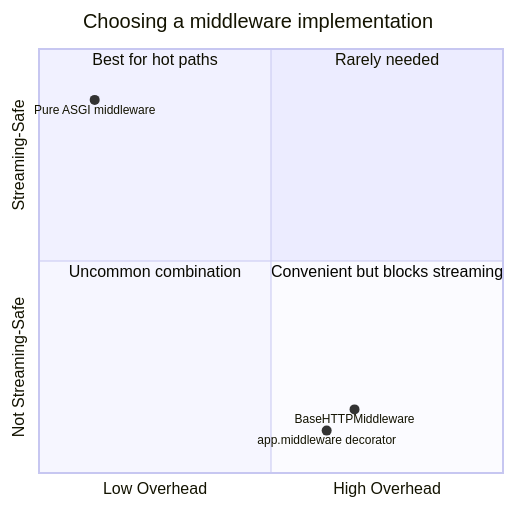
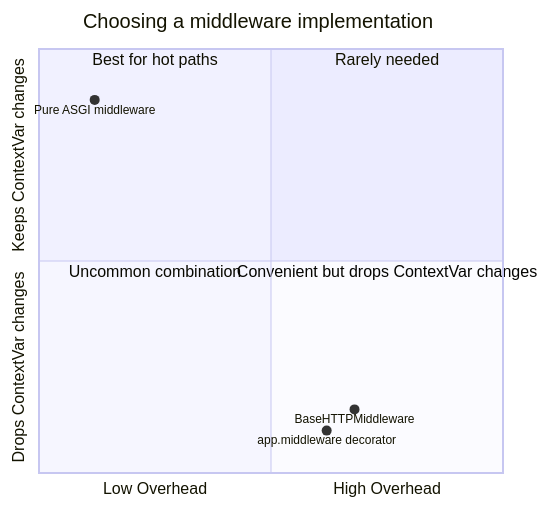
The fifth of 6 diagrams in src/main/java/com/rutik/systemdesign/fastapi/middleware_and_lifecycle/middleware_and_lifecycle.md (rppol/system-design), drawn with Mermaid before and after one commit. The commit also changed other lines of this file and 655 other files, not shown here.

````diff
--- a/src/main/java/com/rutik/systemdesign/fastapi/middleware_and_lifecycle/middleware_and_lifecycle.md
+++ b/src/main/java/com/rutik/systemdesign/fastapi/middleware_and_lifecycle/middleware_and_lifecycle.md
@@ -663,13 +673,13 @@
 ```mermaid
 quadrantChart
     title Choosing a middleware implementation
     x-axis Low Overhead --> High Overhead
-    y-axis Not Streaming-Safe --> Streaming-Safe
+    y-axis Drops ContextVar changes --> Keeps ContextVar changes
     quadrant-1 Rarely needed
     quadrant-2 Best for hot paths
     quadrant-3 Uncommon combination
-    quadrant-4 Convenient but blocks streaming
+    quadrant-4 Convenient but drops ContextVar changes
     "Pure ASGI middleware": [0.12, 0.88]
     "BaseHTTPMiddleware": [0.68, 0.15]
     "app.middleware decorator": [0.62, 0.10]
 ```
````
